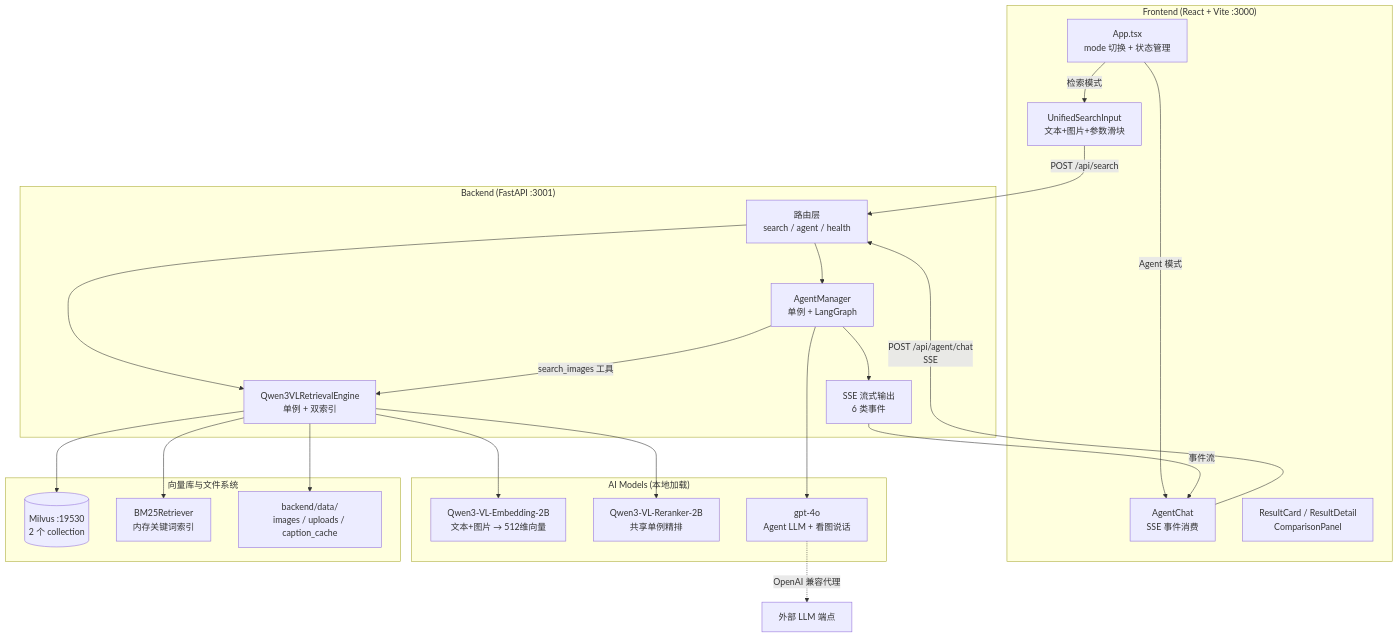
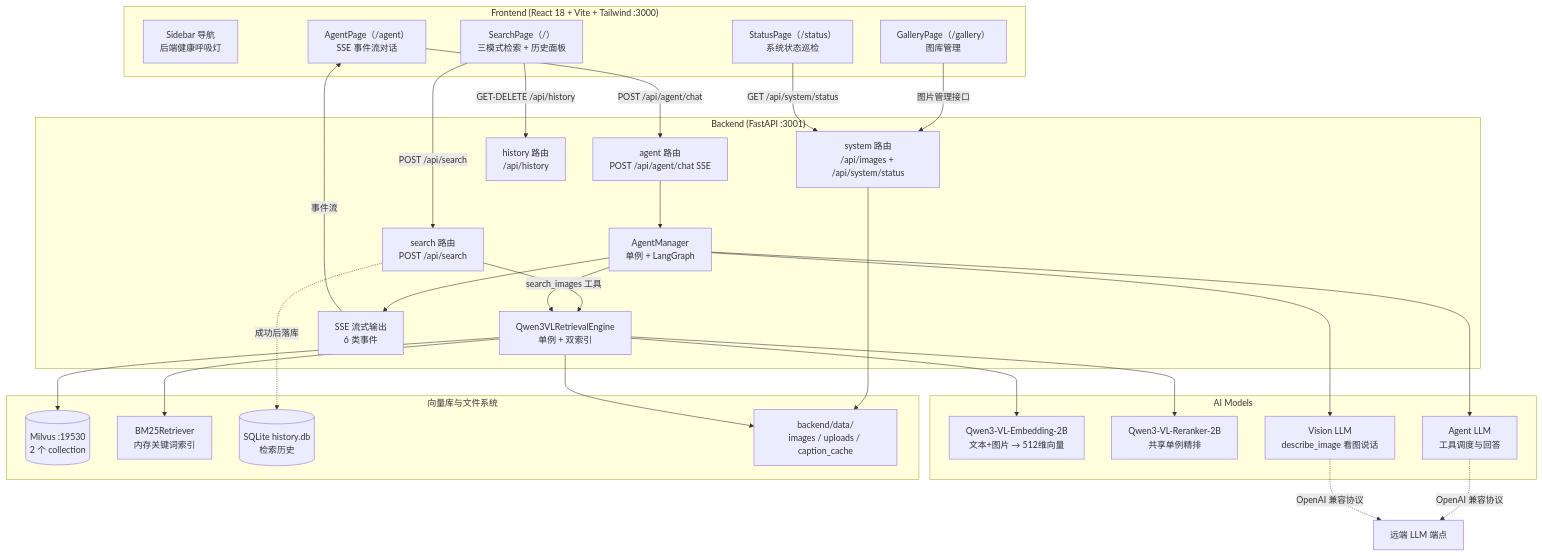
One commit to WeatherCore/GalleryMind changed the first of 2 diagrams in README.md. Above: the diagram before and after it, drawn with Mermaid. The commit also changed other lines of this file, not shown here.

Commit message:
docs: README 同步四页面新前端与图库/历史/状态新功能

````diff
--- a/README.md
+++ b/README.md
@@ -63,48 +91,59 @@
 ```mermaid
 flowchart TB
-    subgraph Frontend["Frontend (React + Vite :3000)"]
-        App[App.tsx<br/>mode 切换 + 状态管理]
-        Search[UnifiedSearchInput<br/>文本+图片+参数滑块]
-        Agent[AgentChat<br/>SSE 事件消费]
-        Results[ResultCard / ResultDetail<br/>ComparisonPanel]
+    subgraph Frontend["Frontend (React 18 + Vite + Tailwind :3000)"]
+        SB[Sidebar 导航<br/>后端健康呼吸灯]
+        SP["SearchPage（/）<br/>三模式检索 + 历史面板"]
+        AP["AgentPage（/agent）<br/>SSE 事件流对话"]
+        GP["GalleryPage（/gallery）<br/>图库管理"]
+        STP["StatusPage（/status）<br/>系统状态巡检"]
     end
 
     subgraph Backend["Backend (FastAPI :3001)"]
-        Router[路由层<br/>search / agent / health]
+        R1[search 路由<br/>POST /api/search]
+        R2[agent 路由<br/>POST /api/agent/chat SSE]
+        R3[system 路由<br/>/api/images + /api/system/status]
+        R4[history 路由<br/>/api/history]
         Engine[Qwen3VLRetrievalEngine<br/>单例 + 双索引]
         AgentMgr[AgentManager<br/>单例 + LangGraph]
         SSE[SSE 流式输出<br/>6 类事件]
     end
 
-    subgraph Models["AI Models (本地加载)"]
+    subgraph Models["AI Models"]
         Embed[Qwen3-VL-Embedding-2B<br/>文本+图片 → 512维向量]
         Rerank[Qwen3-VL-Reranker-2B<br/>共享单例精排]
-        GPT[gpt-4o<br/>Agent LLM + 看图说话]
+        AgentLLM[Agent LLM<br/>工具调度与回答]
+        VisionLLM[Vision LLM<br/>describe_image 看图说话]
     end
 
     subgraph Storage["向量库与文件系统"]
         Milvus[(Milvus :19530<br/>2 个 collection)]
         BM25[BM25Retriever<br/>内存关键词索引]
+        SQLite[(SQLite history.db<br/>检索历史)]
         FS[backend/data/<br/>images / uploads / caption_cache]
     end
 
-    App -->|检索模式| Search
-    App -->|Agent 模式| Agent
-    Search -->|POST /api/search| Router
-    Agent -->|POST /api/agent/chat<br/>SSE| Router
+    SP -->|POST /api/search| R1
+    AP -->|POST /api/agent/chat| R2
+    GP -->|图片管理接口| R3
+    STP -->|GET /api/system/status| R3
+    SP -->|GET·DELETE /api/history| R4
 
-    Router --> Engine
-    Router --> AgentMgr
+    R1 --> Engine
+    R2 --> AgentMgr
+    R3 --> FS
     AgentMgr --> SSE
-    SSE -->|事件流| Agent
+    SSE -->|事件流| AP
     AgentMgr -->|search_images 工具| Engine
 
     Engine --> Embed
     Engine --> Rerank
-    AgentMgr --> GPT
+    AgentMgr --> AgentLLM
+    AgentMgr --> VisionLLM
 
     Engine --> Milvus
     Engine --> BM25
+    R1 -.->|成功后落库| SQLite
     Engine --> FS
-    GPT -.->|OpenAI 兼容代理| External[外部 LLM 端点]
+    AgentLLM -.->|OpenAI 兼容协议| ExtLLM[远端 LLM 端点]
+    VisionLLM -.->|OpenAI 兼容协议| ExtLLM
 ```
````
